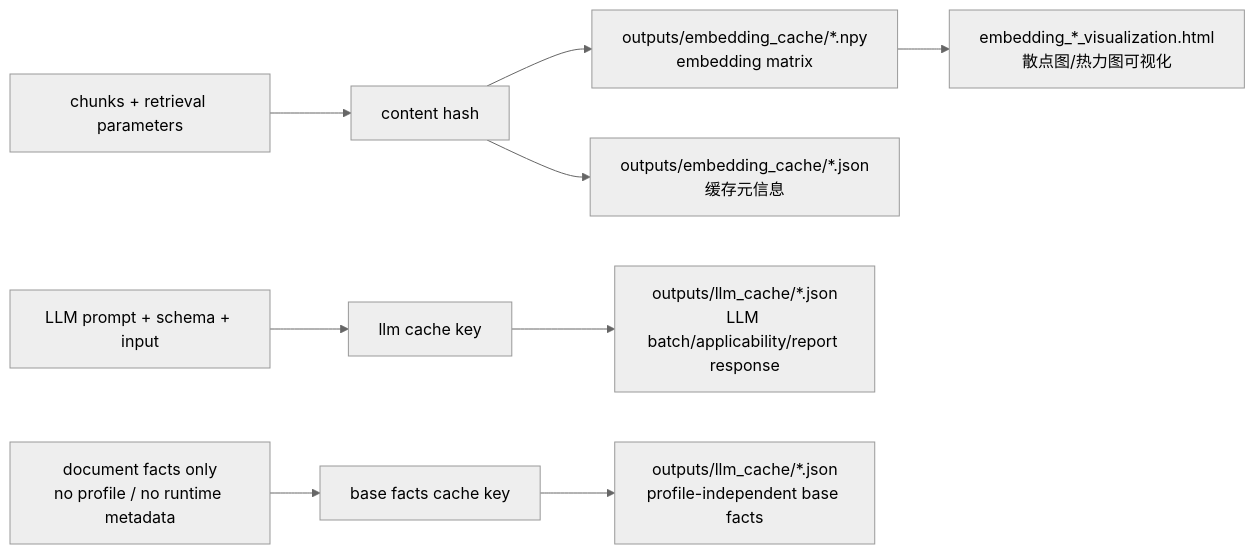
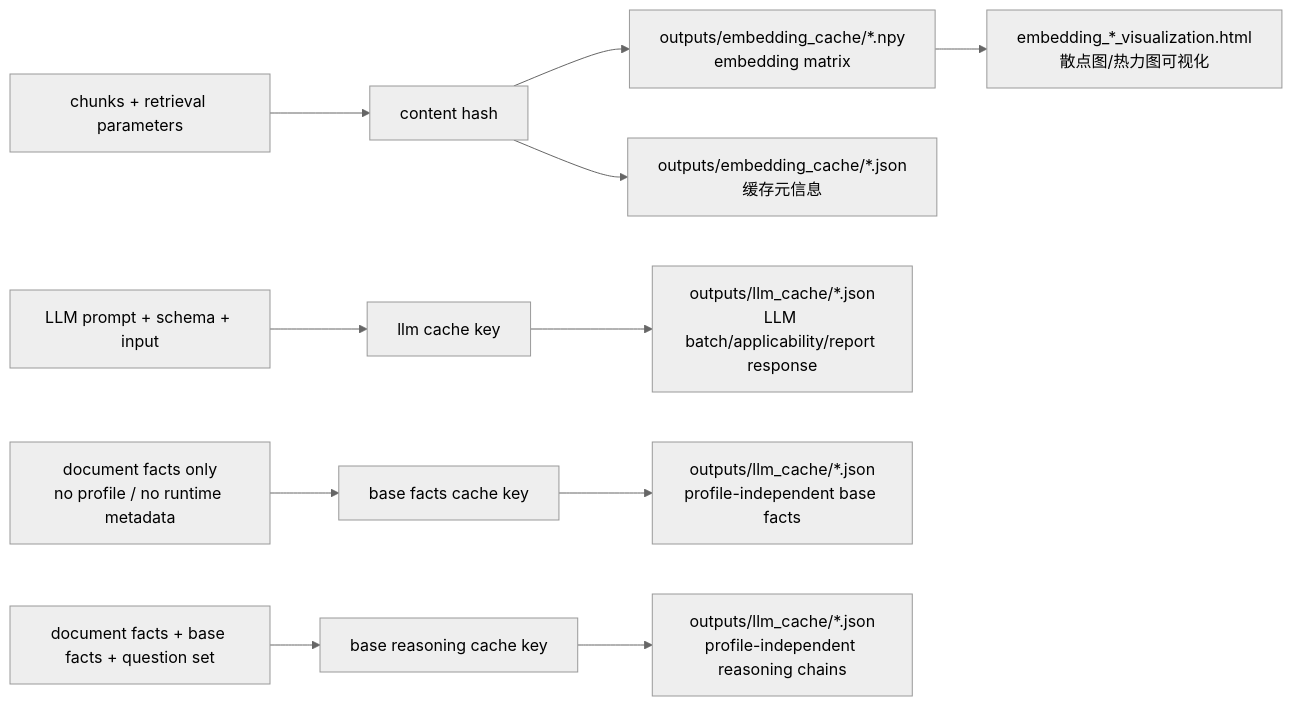
The fourth of 4 diagrams in docs/architecture.md (yasu-isct/flie-extract), drawn with Mermaid (neutral theme) before and after one commit. The commit also changed other lines of this file and 5 other files, not shown here.

Commit message:
Add base reasoning chains MVP

````diff
--- a/docs/architecture.md
+++ b/docs/architecture.md
@@ -149,13 +152,16 @@
 ```mermaid
 flowchart LR
     chunks["chunks + retrieval parameters"] --> eh["content hash"]
     eh --> npy["outputs/embedding_cache/*.npy\nembedding matrix"]
     eh --> meta["outputs/embedding_cache/*.json\n缓存元信息"]
     npy --> viz["embedding_*_visualization.html\n散点图/热力图可视化"]
 
     batches["LLM prompt + schema + input"] --> lh["llm cache key"]
     lh --> ljson["outputs/llm_cache/*.json\nLLM batch/applicability/report response"]
 
     facts["document facts only\nno profile / no runtime metadata"] --> bh["base facts cache key"]
     bh --> bjson["outputs/llm_cache/*.json\nprofile-independent base facts"]
+
+    basefacts["document facts + base facts + question set"] --> rh["base reasoning cache key"]
+    rh --> rjson["outputs/llm_cache/*.json\nprofile-independent reasoning chains"]
 ```
````
